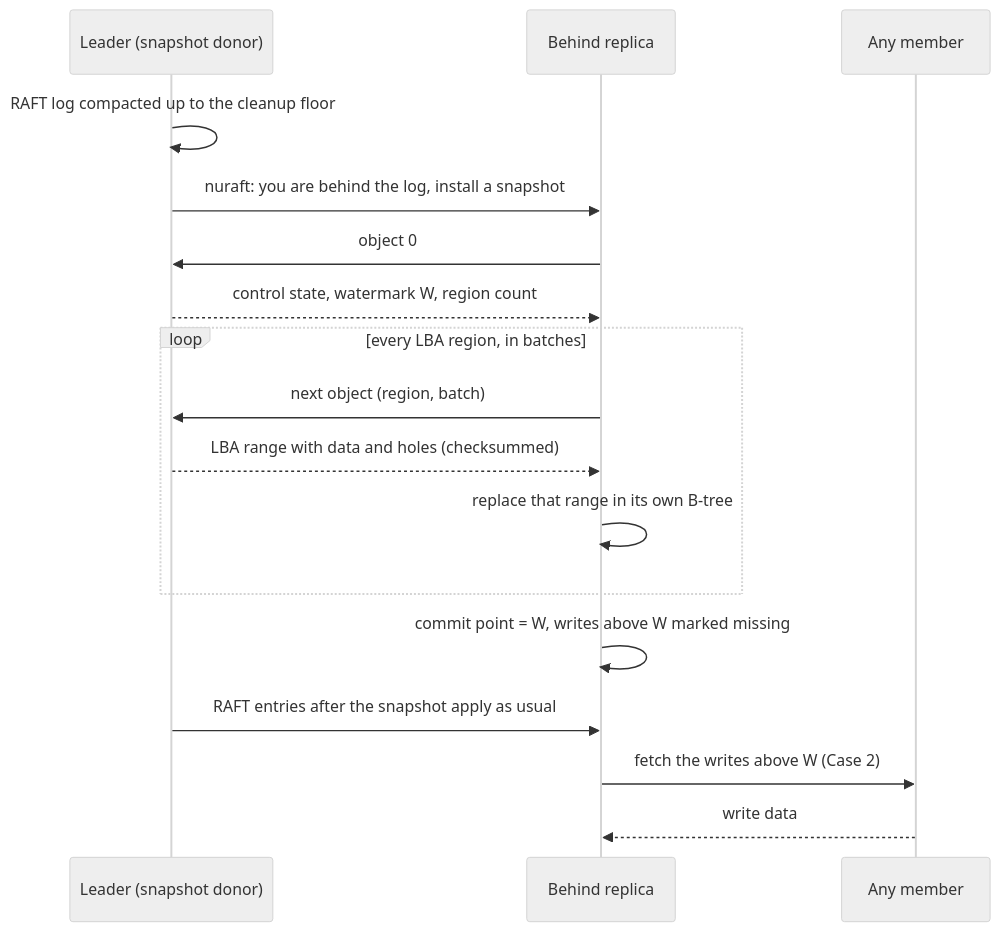
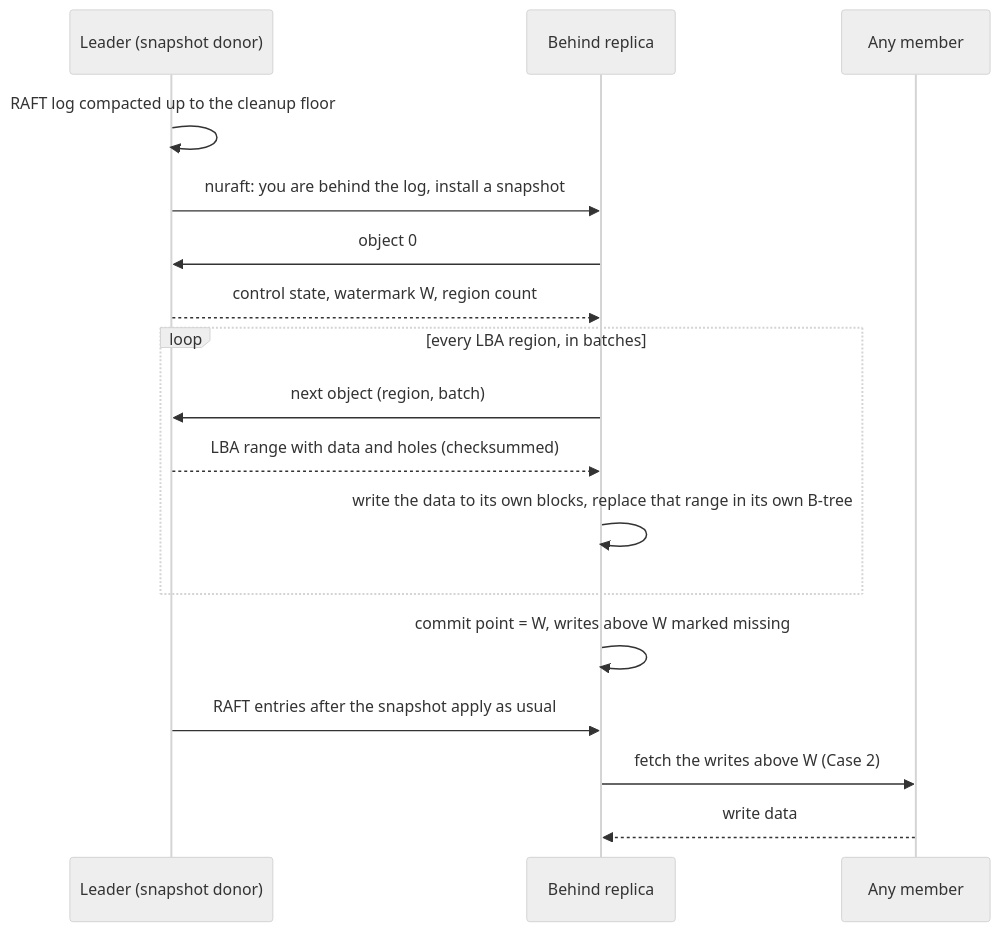
The sixth of 9 diagrams in docs/craft/resync.md (eBay/HomeBlocks), drawn with Mermaid (neutral theme) before and after one commit. The commit also changed other lines of this file and 1 other file, not shown here.

First line of the commit message:
docs/craft: a snapshot sends mapped data, not the B-tree

````diff
--- a/docs/craft/resync.md
+++ b/docs/craft/resync.md
@@ -352,19 +353,19 @@
 ```mermaid
 sequenceDiagram
     participant L as Leader (snapshot donor)
     participant R as Behind replica
     participant P as Any member
     L->>L: RAFT log compacted up to the cleanup floor
     L->>R: nuraft: you are behind the log, install a snapshot
     R->>L: object 0
     L-->>R: control state, watermark W, region count
     loop every LBA region, in batches
         R->>L: next object (region, batch)
         L-->>R: LBA range with data and holes (checksummed)
-        R->>R: replace that range in its own B-tree
+        R->>R: write the data to its own blocks, replace that range in its own B-tree
     end
     R->>R: commit point = W, writes above W marked missing
     L->>R: RAFT entries after the snapshot apply as usual
     R->>P: fetch the writes above W (Case 2)
     P-->>R: write data
 ```
````
